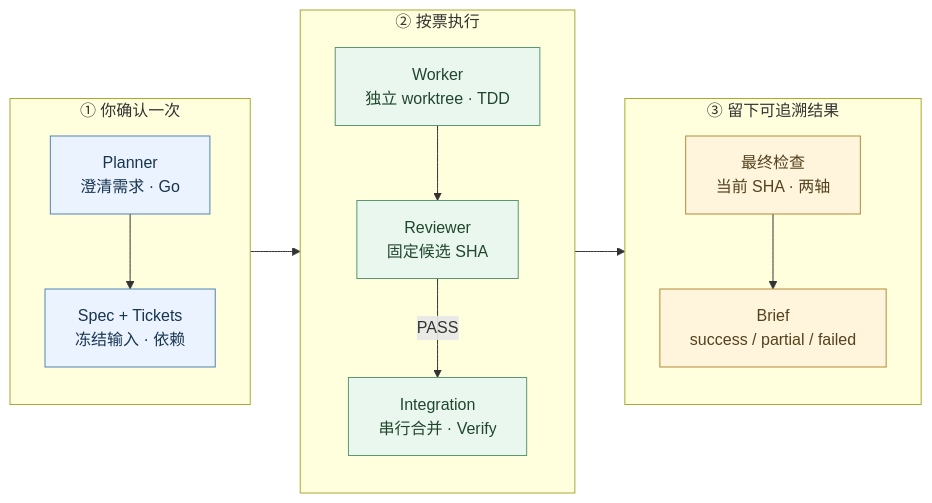
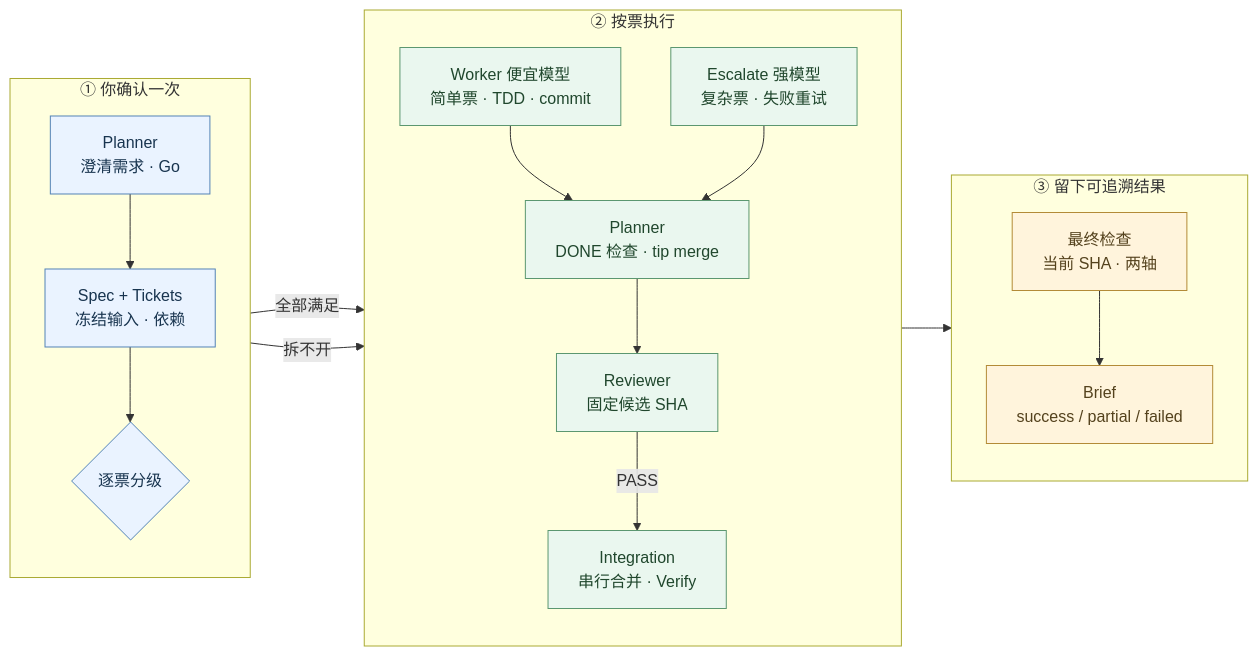
Before and after one commit to miniLV/grill-autopilot: the first of 2 diagrams in README.md, drawn with Mermaid. The commit also changed other lines of this file and 13 other files, not shown here.

````diff
--- a/README.md
+++ b/README.md
@@ -11,24 +11,29 @@
 ```mermaid
 flowchart LR
     subgraph plan["① 你确认一次"]
         direction TB
         P["Planner<br/>澄清需求 · Go"] --> T["Spec + Tickets<br/>冻结输入 · 依赖"]
+        T --> G{"逐票分级"}
     end
     subgraph implement["② 按票执行"]
         direction TB
-        W["Worker<br/>独立 worktree · TDD"] --> R["Reviewer<br/>固定候选 SHA"]
+        W["Worker 便宜模型<br/>简单票 · TDD · commit"]
+        E["Escalate 强模型<br/>复杂票 · 失败重试"]
+        W & E --> D["Planner<br/>DONE 检查 · tip merge"]
+        D --> R["Reviewer<br/>固定候选 SHA"]
         R -->|PASS| M["Integration<br/>串行合并 · Verify"]
     end
     subgraph close["③ 留下可追溯结果"]
         direction TB
         F["最终检查<br/>当前 SHA · 两轴"] --> B["Brief<br/>success / partial / failed"]
     end
-    plan --> implement
+    G -->|全部满足| W
+    G -->|拆不开| E
     implement --> close
     classDef planning fill:#eaf3ff,stroke:#5383b6,color:#18344f
     classDef executing fill:#eaf7ef,stroke:#5b9770,color:#20472d
     classDef closing fill:#fff4dc,stroke:#b38b37,color:#54421d
-    class P,T planning
-    class W,R,M executing
+    class P,T,G planning
+    class W,E,D,R,M executing
     class F,B closing
 ```
````
